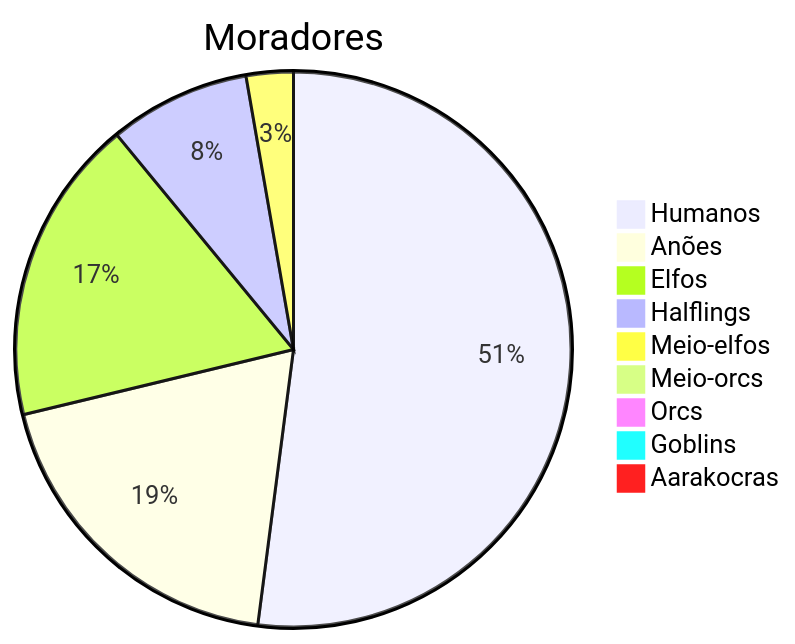
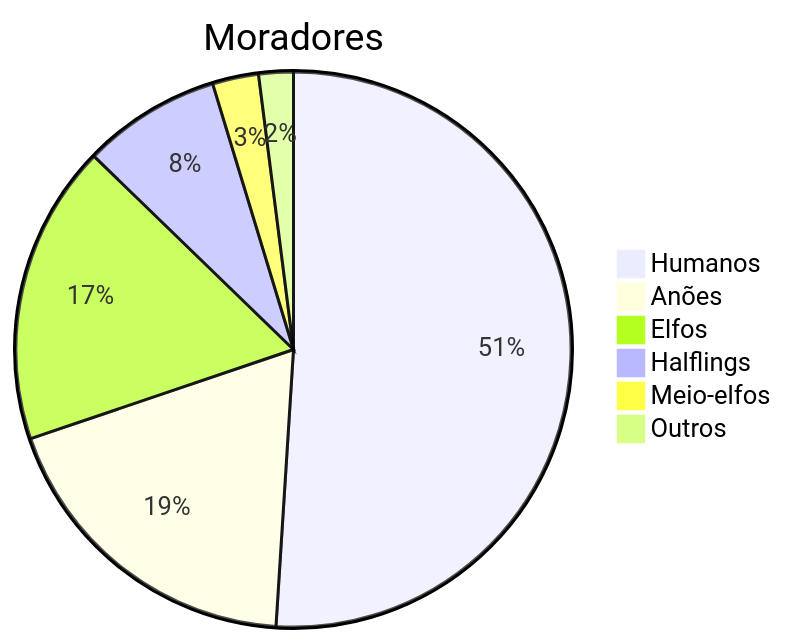
Before and after one commit to Tarcitar/Sola: the diagram in Assentamentos/Pasnata.md, drawn with Mermaid. The commit also changed other lines of this file, not shown here.

````diff
--- a/Assentamentos/Pasnata.md
+++ b/Assentamentos/Pasnata.md
@@ -26,12 +30,9 @@
 ```mermaid
 pie title Moradores
     "Humanos" : 3800
     "Anões" : 1400
     "Elfos" : 1300
 	"Halflings" : 600
 	"Meio-elfos" : 200
-	"Meio-orcs" : 50
-	"Orcs" : 50
-	"Goblins" : 40
-	"Aarakocras" : 10
+	"Outros" : 150
 ```
````
